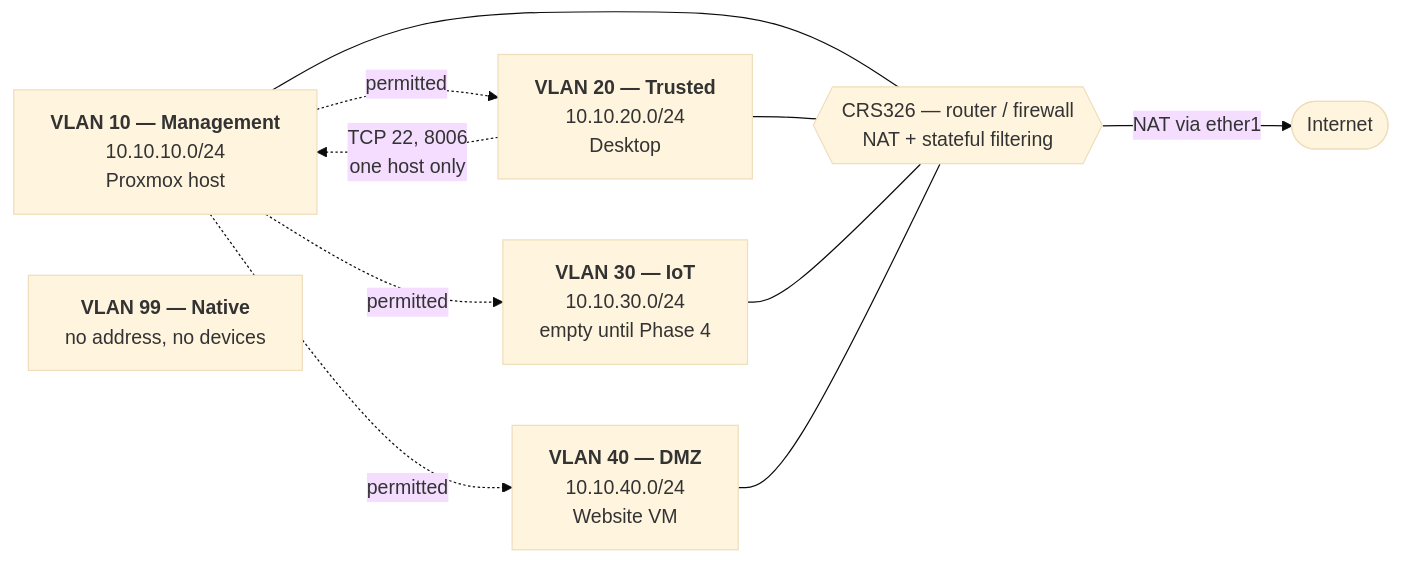
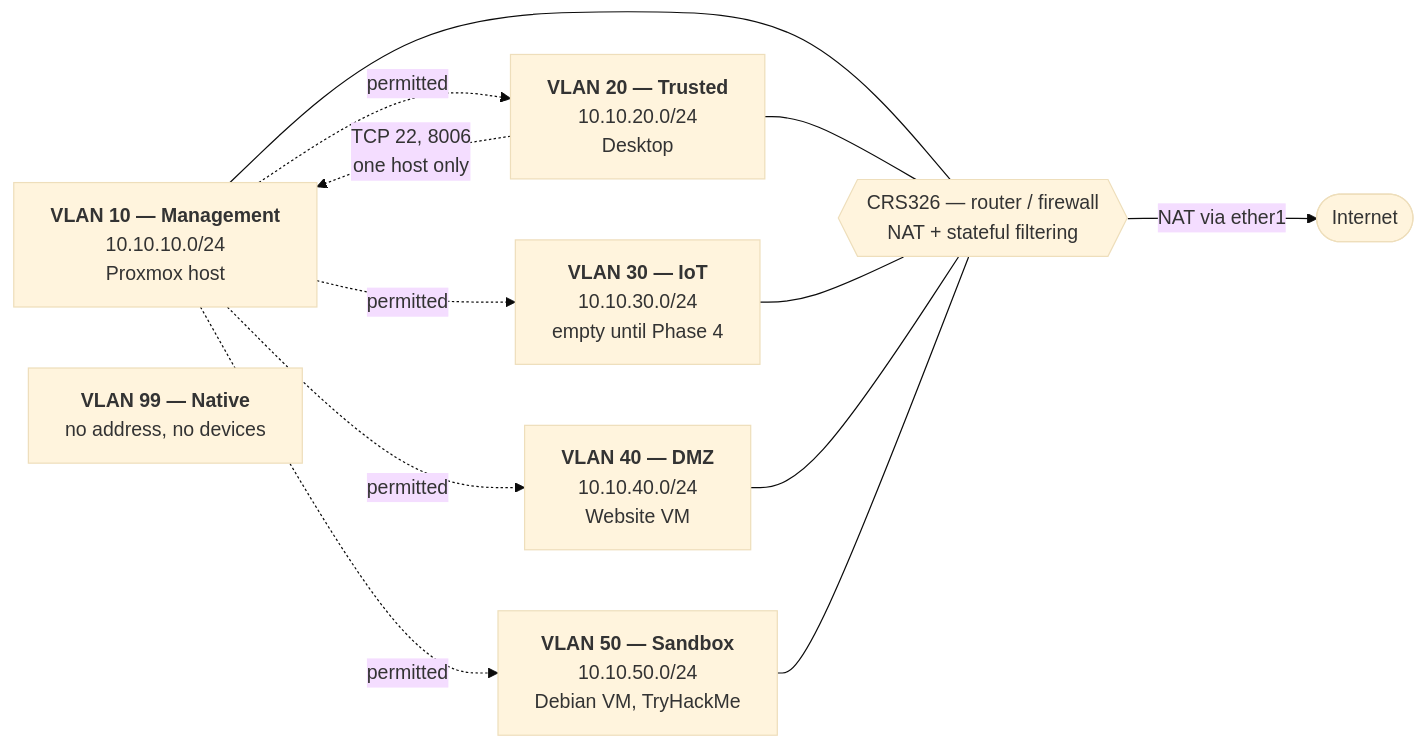
Before and after one commit to dmandevv/soc-python-homelab: the second of 2 diagrams in network-diagrams.md, drawn with Mermaid (base theme). The commit also changed other lines of this file and 2 other files, not shown here.

First line of the commit message:
Add VLAN 50 - sandbox segment for a TryHackMe workstation

````diff
--- a/network-diagrams.md
+++ b/network-diagrams.md
@@ -61,22 +63,25 @@
 ```mermaid
 graph LR
     WAN([Internet])
     R{{"CRS326 — router / firewall<br/>NAT + stateful filtering"}}
 
     V10["<b>VLAN 10 — Management</b><br/>10.10.10.0/24<br/>Proxmox host"]
     V20["<b>VLAN 20 — Trusted</b><br/>10.10.20.0/24<br/>Desktop"]
     V30["<b>VLAN 30 — IoT</b><br/>10.10.30.0/24<br/>empty until Phase 4"]
     V40["<b>VLAN 40 — DMZ</b><br/>10.10.40.0/24<br/>Website VM"]
+    V50["<b>VLAN 50 — Sandbox</b><br/>10.10.50.0/24<br/>Debian VM, TryHackMe"]
     V99["<b>VLAN 99 — Native</b><br/>no address, no devices"]
 
     V10 --- R
     V20 --- R
     V30 --- R
     V40 --- R
+    V50 --- R
     R -->|"NAT via ether1"| WAN
 
     V10 -.->|"permitted"| V20
     V10 -.->|"permitted"| V30
     V10 -.->|"permitted"| V40
+    V10 -.->|"permitted"| V50
     V20 -.->|"TCP 22, 8006<br/>one host only"| V10
 ```
````
